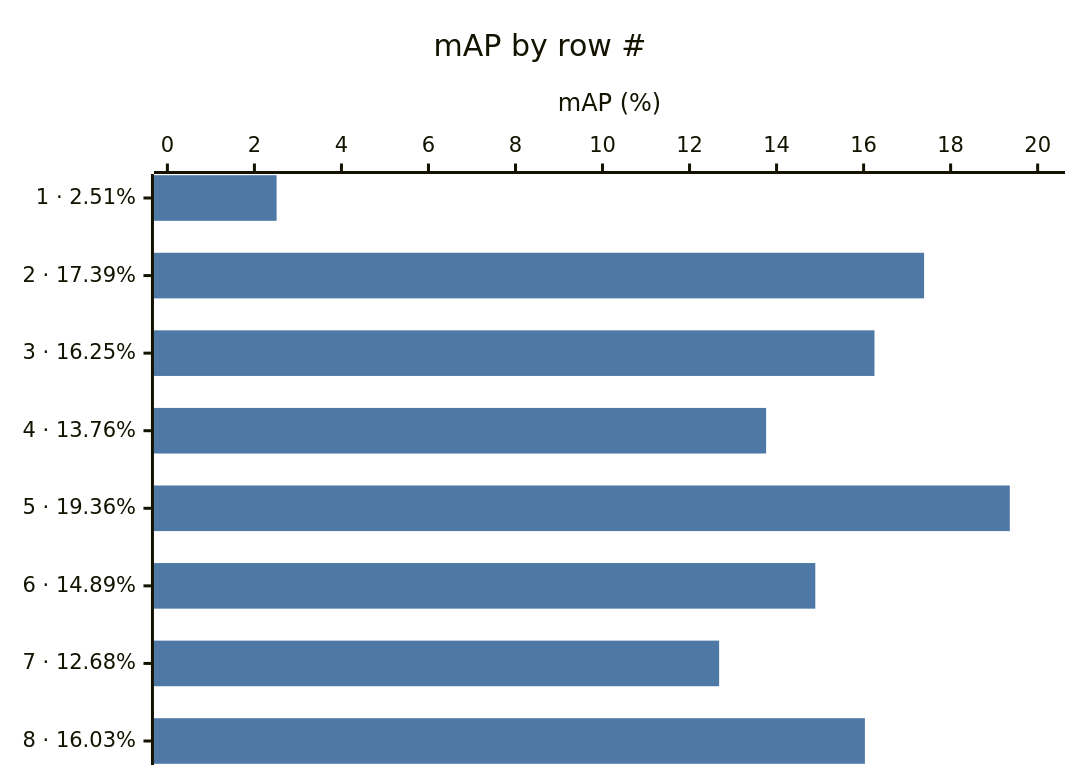
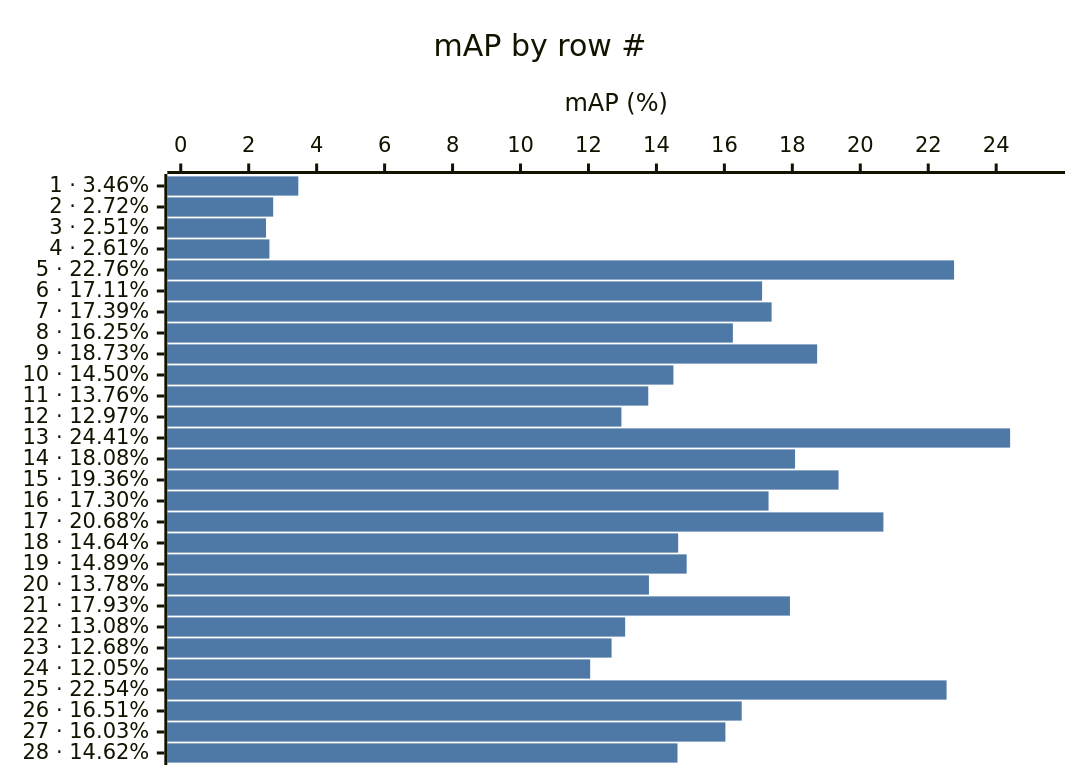
Before and after one commit to karolmajek/torment-nexus: the sixth of 8 diagrams in results/table.md, drawn with Mermaid. The commit also changed other lines of this file and 43 other files, not shown here.

````diff
--- a/results/table.md
+++ b/results/table.md
@@ -118,8 +240,8 @@
 ```mermaid
 %%{init: {"themeVariables": {"xyChart": {"backgroundColor": "transparent", "plotColorPalette": "#4e79a7"}}}}%%
 xychart-beta horizontal
     title "mAP by row #"
-    x-axis ["1 · 2.51%", "2 · 17.39%", "3 · 16.25%", "4 · 13.76%", "5 · 19.36%", "6 · 14.89%", "7 · 12.68%", "8 · 16.03%"]
-    y-axis "mAP (%)" 0 --> 20.32
-    bar [2.51, 17.39, 16.25, 13.76, 19.36, 14.89, 12.68, 16.03]
+    x-axis ["1 · 3.46%", "2 · 2.72%", "3 · 2.51%", "4 · 2.61%", "5 · 22.76%", "6 · 17.11%", "7 · 17.39%", "8 · 16.25%", "9 · 18.73%", "10 · 14.50%", "11 · 13.76%", "12 · 12.97%", "13 · 24.41%", "14 · 18.08%", "15 · 19.36%", "16 · 17.30%", "17 · 20.68%", "18 · 14.64%", "19 · 14.89%", "20 · 13.78%", "21 · 17.93%", "22 · 13.08%", "23 · 12.68%", "24 · 12.05%", "25 · 22.54%", "26 · 16.51%", "27 · 16.03%", "28 · 14.62%"]
+    y-axis "mAP (%)" 0 --> 25.63
+    bar [3.46, 2.72, 2.51, 2.61, 22.76, 17.11, 17.39, 16.25, 18.73, 14.50, 13.76, 12.97, 24.41, 18.08, 19.36, 17.30, 20.68, 14.64, 14.89, 13.78, 17.93, 13.08, 12.68, 12.05, 22.54, 16.51, 16.03, 14.62]
 ```
````
